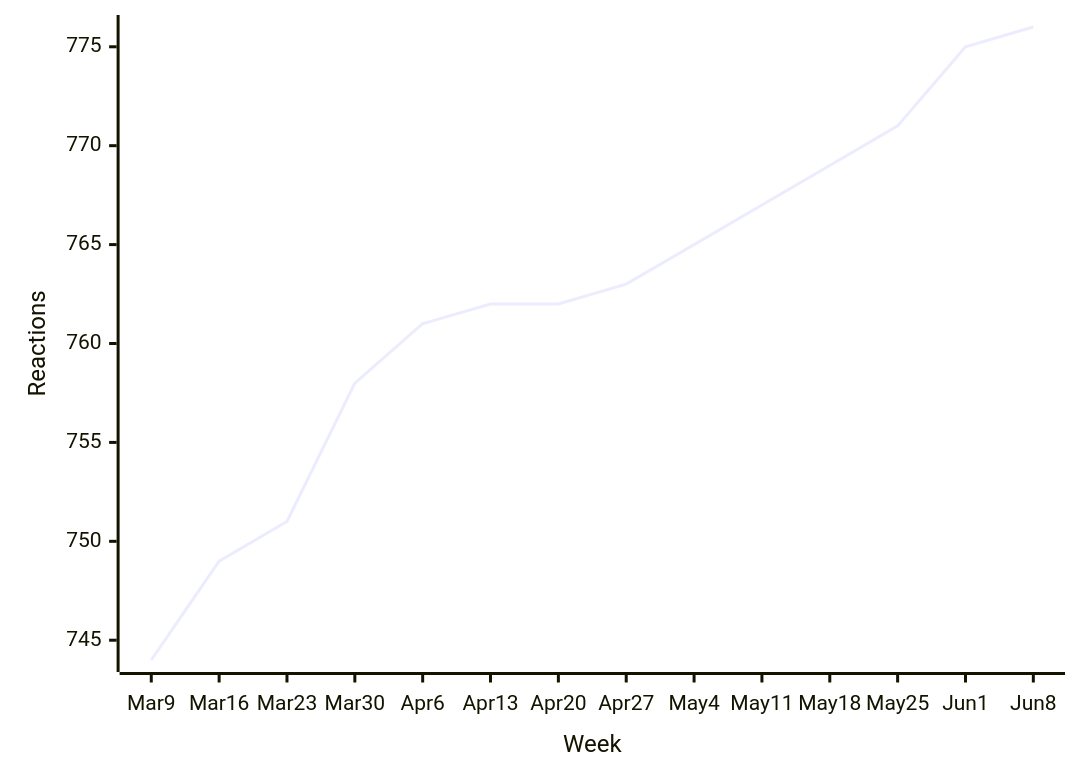
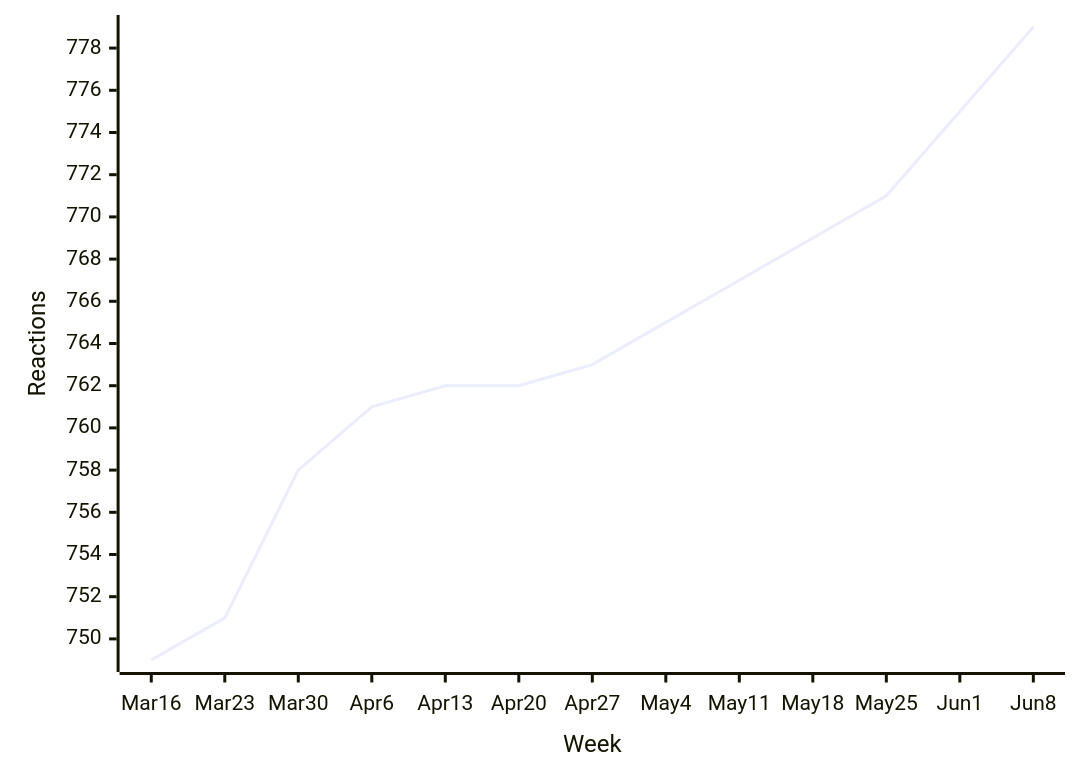
The second of 45 diagrams in README.md (loic-sharma/github-insights), drawn with Mermaid before and after one commit. The commit also changed other lines of this file and 3 other files, not shown here.

````diff
--- a/README.md
+++ b/README.md
@@ -356,6 +356,6 @@
   ```mermaid
   xychart-beta
-    x-axis "Week" [Mar 9, Mar 16, Mar 23, Mar 30, Apr 6, Apr 13, Apr 20, Apr 27, May 4, May 11, May 18, May 25, Jun 1, Jun 8]
+    x-axis "Week" [Mar 16, Mar 23, Mar 30, Apr 6, Apr 13, Apr 20, Apr 27, May 4, May 11, May 18, May 25, Jun 1, Jun 8]
     y-axis "Reactions"
-    line [744, 749, 751, 758, 761, 762, 762, 763, 765, 767, 769, 771, 775, 776]
+    line [749, 751, 758, 761, 762, 762, 763, 765, 767, 769, 771, 775, 779]
   ```
````
